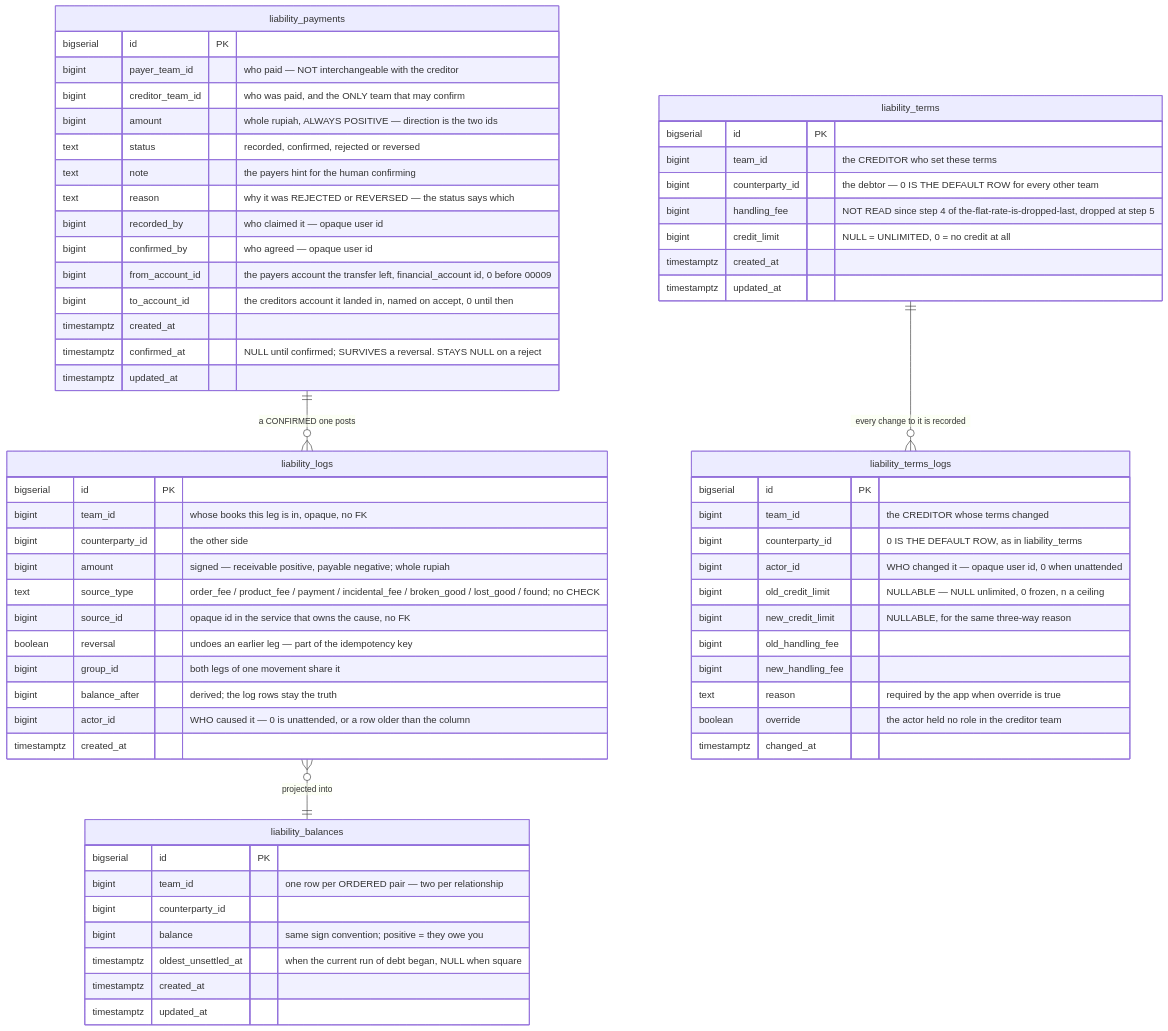
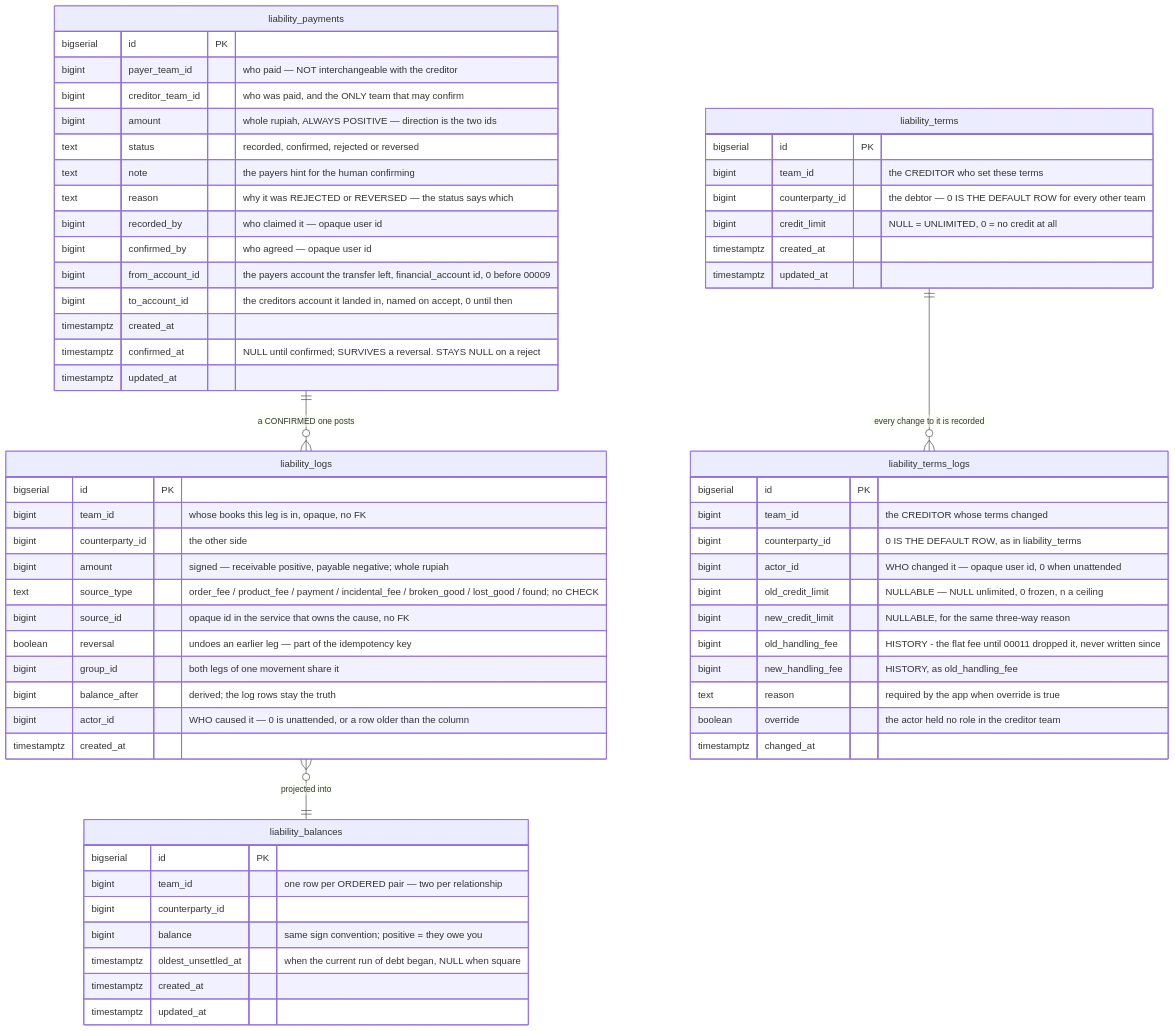
One commit to pdcgo/warehouse_revamp changed diagram 14 of 20 in docs/database-schema.md. Above: the diagram before and after it, drawn with Mermaid. The commit also changed other lines of this file and 46 other files, not shown here.

First line of the commit message:
feat(fee): step 5 — drop the flat handling fee; the warehouse fee rollout is complete

````diff
--- a/docs/database-schema.md
+++ b/docs/database-schema.md
@@ -1344,70 +1344,69 @@
 ```mermaid
 erDiagram
     liability_logs }o--|| liability_balances : "projected into"
     liability_payments ||--o{ liability_logs : "a CONFIRMED one posts"
     liability_terms ||--o{ liability_terms_logs : "every change to it is recorded"
     liability_terms {
         bigserial   id                PK
         bigint      team_id           "the CREDITOR who set these terms"
         bigint      counterparty_id   "the debtor — 0 IS THE DEFAULT ROW for every other team"
-        bigint      handling_fee      "NOT READ since step 4 of the-flat-rate-is-dropped-last, dropped at step 5"
         bigint      credit_limit      "NULL = UNLIMITED, 0 = no credit at all"
         timestamptz created_at
         timestamptz updated_at
     }
 
     liability_logs {
         bigserial   id              PK
         bigint      team_id         "whose books this leg is in, opaque, no FK"
         bigint      counterparty_id "the other side"
         bigint      amount          "signed — receivable positive, payable negative; whole rupiah"
         text        source_type     "order_fee / product_fee / payment / incidental_fee / broken_good / lost_good / found; no CHECK"
         bigint      source_id       "opaque id in the service that owns the cause, no FK"
         boolean     reversal        "undoes an earlier leg — part of the idempotency key"
         bigint      group_id        "both legs of one movement share it"
         bigint      balance_after   "derived; the log rows stay the truth"
         bigint      actor_id        "WHO caused it — 0 is unattended, or a row older than the column"
         timestamptz created_at
     }
 
     liability_balances {
         bigserial   id                  PK
         bigint      team_id             "one row per ORDERED pair — two per relationship"
         bigint      counterparty_id
         bigint      balance             "same sign convention; positive = they owe you"
         timestamptz oldest_unsettled_at "when the current run of debt began, NULL when square"
         timestamptz created_at
         timestamptz updated_at
     }
 
     liability_payments {
         bigserial   id               PK
         bigint      payer_team_id    "who paid — NOT interchangeable with the creditor"
         bigint      creditor_team_id "who was paid, and the ONLY team that may confirm"
         bigint      amount           "whole rupiah, ALWAYS POSITIVE — direction is the two ids"
         text        status           "recorded, confirmed, rejected or reversed"
         text        note             "the payers hint for the human confirming"
         text        reason           "why it was REJECTED or REVERSED — the status says which"
         bigint      recorded_by      "who claimed it — opaque user id"
         bigint      confirmed_by     "who agreed — opaque user id"
         bigint      from_account_id  "the payers account the transfer left, financial_account id, 0 before 00009"
         bigint      to_account_id    "the creditors account it landed in, named on accept, 0 until then"
         timestamptz created_at
         timestamptz confirmed_at     "NULL until confirmed; SURVIVES a reversal. STAYS NULL on a reject"
         timestamptz updated_at
     }
 
     liability_terms_logs {
         bigserial   id                    PK
         bigint      team_id               "the CREDITOR whose terms changed"
         bigint      counterparty_id       "0 IS THE DEFAULT ROW, as in liability_terms"
         bigint      actor_id              "WHO changed it — opaque user id, 0 when unattended"
         bigint      old_credit_limit      "NULLABLE — NULL unlimited, 0 frozen, n a ceiling"
         bigint      new_credit_limit      "NULLABLE, for the same three-way reason"
-        bigint      old_handling_fee
-        bigint      new_handling_fee
+        bigint      old_handling_fee      "HISTORY - the flat fee until 00011 dropped it, never written since"
+        bigint      new_handling_fee      "HISTORY, as old_handling_fee"
         text        reason                "required by the app when override is true"
         boolean     override              "the actor held no role in the creditor team"
         timestamptz changed_at
     }
 ```
````
